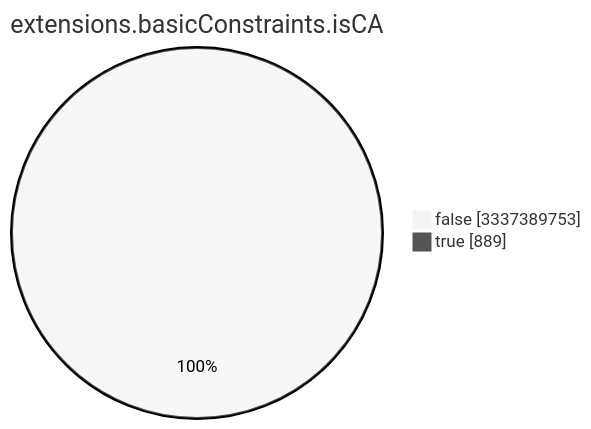
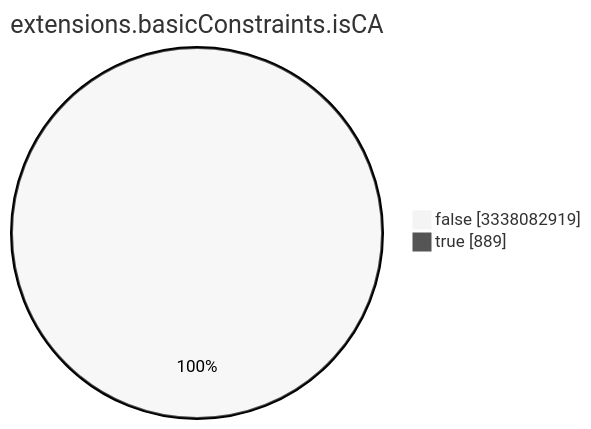
The seventh of 15 diagrams in TOTAL/README.md (christiankrug/ctmonitor_visualization), drawn with Mermaid (neutral theme) before and after one commit. The commit also changed other lines of this file, not shown here.

````diff
--- a/TOTAL/README.md
+++ b/TOTAL/README.md
@@ -3089,6 +3089,6 @@
 ```mermaid
 pie showData
 title extensions.basicConstraints.isCA
-"false" :3337389753
+"false" :3338082919
 "true" :889
 ```
````
